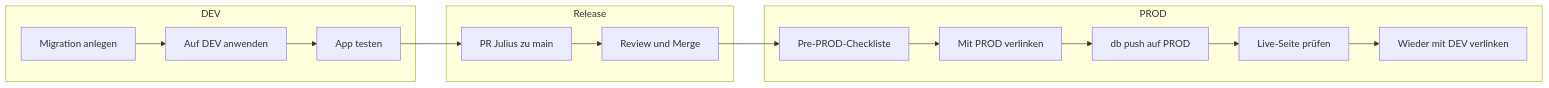
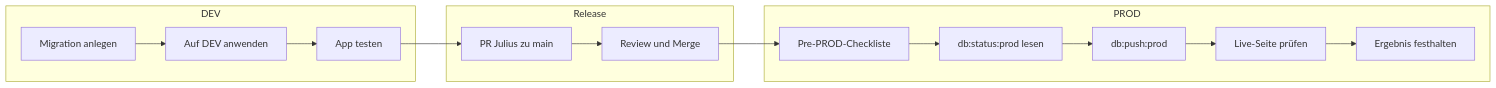
Before and after one commit to YogaFlow/YogaFlow-DEV: the diagram in docs/DEV_PROD_SAFETY_WORKFLOW.md, drawn with Mermaid. The commit also changed other lines of this file and 14 other files, not shown here.

First line of the commit message:
chore: set up isolated DEV environment alongside PROD

````diff
--- a/docs/DEV_PROD_SAFETY_WORKFLOW.md
+++ b/docs/DEV_PROD_SAFETY_WORKFLOW.md
@@ -40,21 +41,21 @@
 ```mermaid
 flowchart LR
   subgraph dev [DEV]
     A[Migration anlegen]
     B[Auf DEV anwenden]
     C[App testen]
   end
   subgraph release [Release]
     D[PR Julius zu main]
     E[Review und Merge]
   end
   subgraph prod [PROD]
     F[Pre-PROD-Checkliste]
-    G[Mit PROD verlinken]
-    H[db push auf PROD]
+    G[db:status:prod lesen]
+    H[db:push:prod]
     I[Live-Seite prüfen]
-    J[Wieder mit DEV verlinken]
+    J[Ergebnis festhalten]
   end
   A --> B --> C --> D --> E
   E --> F --> G --> H --> I --> J
 ```
````
